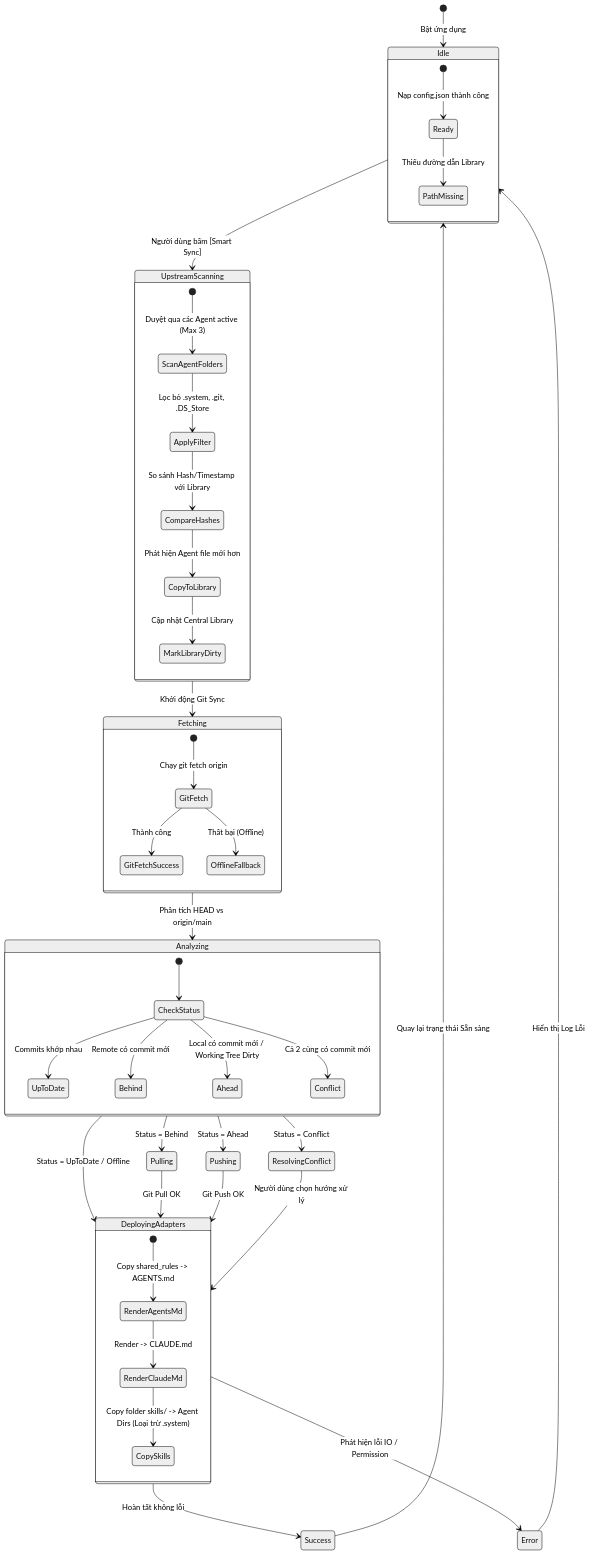
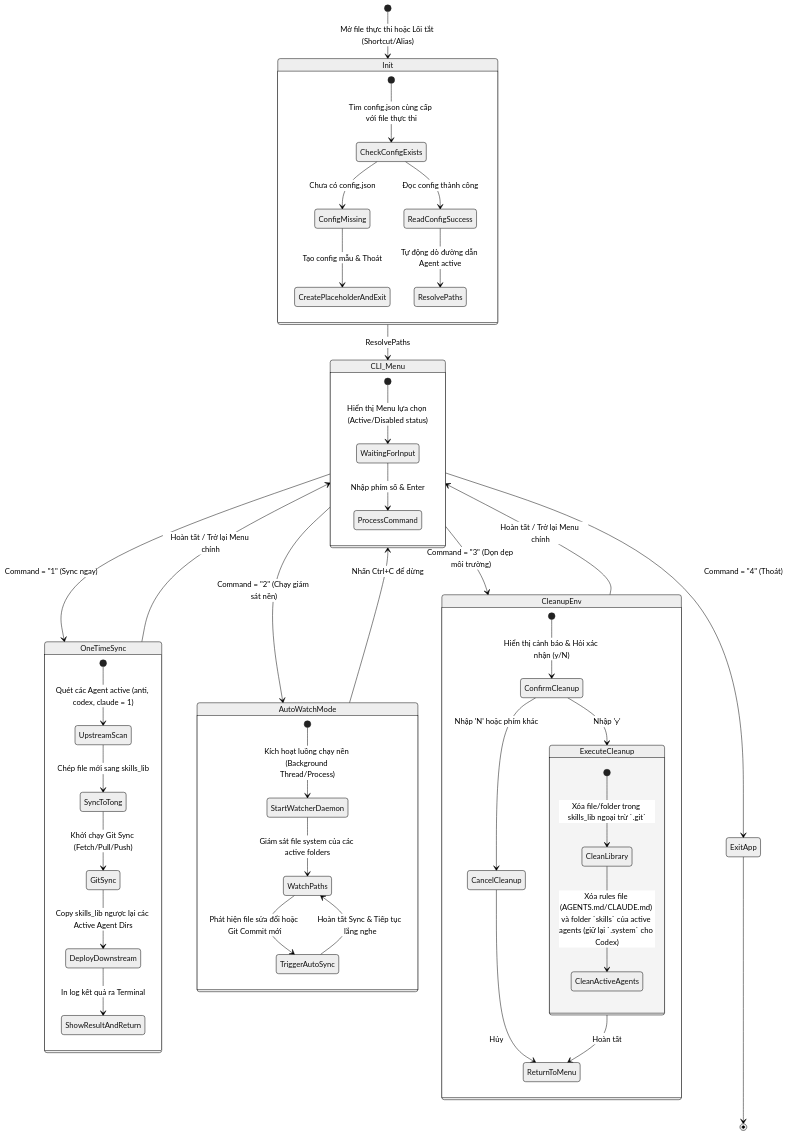
The first of 3 diagrams in docs/spec/02_feature_flow.md (linhbv94/CLI_Skills_Sync), drawn with Mermaid (neutral theme) before and after one commit. The commit also changed other lines of this file and 18 other files, not shown here.

Commit message:
feat: convert tool to CLI engine, simplify rules layout to root AGENTS.md, add clean option with remote sync, auto gitignore creation, and advance edge cases resolution

````diff
--- a/docs/spec/02_feature_flow.md
+++ b/docs/spec/02_feature_flow.md
@@ -13,58 +13,56 @@
 ```mermaid
 stateDiagram-v2
-    [*] --> Idle: Bật ứng dụng
+    [*] --> Init: Mở file thực thi hoặc Lối tắt (Shortcut/Alias)
 
-    state Idle {
-        [*] --> Ready: Nạp config.json thành công
-        Ready --> PathMissing: Thiếu đường dẫn Library
+    state Init {
+        [*] --> CheckConfigExists: Tìm config.json cùng cấp với file thực thi
+        CheckConfigExists --> ConfigMissing: Chưa có config.json
+        ConfigMissing --> CreatePlaceholderAndExit: Tạo config mẫu & Thoát
+        CheckConfigExists --> ReadConfigSuccess: Đọc config thành công
+        ReadConfigSuccess --> ResolvePaths: Tự động dò đường dẫn Agent active
     }
 
-    Idle --> UpstreamScanning: Người dùng bấm [Smart Sync]
+    Init --> CLI_Menu: ResolvePaths
     
-    state UpstreamScanning {
-        [*] --> ScanAgentFolders: Duyệt qua các Agent active (Max 3)
-        ScanAgentFolders --> ApplyFilter: Lọc bỏ .system, .git, .DS_Store
-        ApplyFilter --> CompareHashes: So sánh Hash/Timestamp với Library
-        CompareHashes --> CopyToLibrary: Phát hiện Agent file mới hơn
-        CopyToLibrary --> MarkLibraryDirty: Cập nhật Central Library
+    state CLI_Menu {
+        [*] --> WaitingForInput: Hiển thị Menu lựa chọn (Active/Disabled status)
+        WaitingForInput --> ProcessCommand: Nhập phím số & Enter
     }
 
-    UpstreamScanning --> Fetching: Khởi động Git Sync
+    CLI_Menu --> OneTimeSync: Command = "1" (Sync ngay)
+    CLI_Menu --> AutoWatchMode: Command = "2" (Chạy giám sát nền)
+    CLI_Menu --> CleanupEnv: Command = "3" (Dọn dẹp môi trường)
+    CLI_Menu --> ExitApp: Command = "4" (Thoát)
 
-    state Fetching {
-        [*] --> GitFetch: Chạy git fetch origin
-        GitFetch --> GitFetchSuccess: Thành công
-        GitFetch --> OfflineFallback: Thất bại (Offline)
+    state OneTimeSync {
+        [*] --> UpstreamScan: Quét các Agent active (anti, codex, claude = 1)
+        UpstreamScan --> SyncToTong: Chép file mới sang skills_lib
+        SyncToTong --> GitSync: Khởi chạy Git Sync (Fetch/Pull/Push)
+        GitSync --> DeployDownstream: Copy skills_lib ngược lại các Active Agent Dirs
+        DeployDownstream --> ShowResultAndReturn: In log kết quả ra Terminal
     }
 
-    Fetching --> Analyzing: Phân tích HEAD vs origin/main
-
-    state Analyzing {
-        [*] --> CheckStatus
-        CheckStatus --> UpToDate: Commits khớp nhau
-        CheckStatus --> Behind: Remote có commit mới
-        CheckStatus --> Ahead: Local có commit mới / Working Tree Dirty
-        CheckStatus --> Conflict: Cả 2 cùng có commit mới
+    state AutoWatchMode {
+        [*] --> StartWatcherDaemon: Kích hoạt luồng chạy nền (Background Thread/Process)
+        StartWatcherDaemon --> WatchPaths: Giám sát file system của các active folders
+        WatchPaths --> TriggerAutoSync: Phát hiện file sửa đổi hoặc Git Commit mới
+        TriggerAutoSync --> WatchPaths: Hoàn tất Sync & Tiếp tục lắng nghe
     }
 
-    Analyzing --> Pulling: Status = Behind
-    Analyzing --> Pushing: Status = Ahead
-    Analyzing --> ResolvingConflict: Status = Conflict
-    Analyzing --> DeployingAdapters: Status = UpToDate / Offline
-
-    Pulling --> DeployingAdapters: Git Pull OK
-    Pushing --> DeployingAdapters: Git Push OK
-    ResolvingConflict --> DeployingAdapters: Người dùng chọn hướng xử lý
-
-    state DeployingAdapters {
-        [*] --> RenderAgentsMd: Copy shared_rules -> AGENTS.md
-        RenderAgentsMd --> RenderClaudeMd: Render -> CLAUDE.md
-        RenderClaudeMd --> CopySkills: Copy folder skills/ -> Agent Dirs (Loại trừ .system)
+    state CleanupEnv {
+        [*] --> ConfirmCleanup: Hiển thị cảnh báo & Hỏi xác nhận (y/N)
+        ConfirmCleanup --> CancelCleanup: Nhập 'N' hoặc phím khác
+        ConfirmCleanup --> ExecuteCleanup: Nhập 'y'
+        state ExecuteCleanup {
+            [*] --> CleanLibrary: Xóa file/folder trong skills_lib ngoại trừ `.git`
+            CleanLibrary --> CleanActiveAgents: Xóa rules file (AGENTS.md/CLAUDE.md) và folder `skills` của active agents (giữ lại `.system` cho Codex)
+        }
+        ExecuteCleanup --> ReturnToMenu: Hoàn tất
+        CancelCleanup --> ReturnToMenu: Hủy
     }
 
-    DeployingAdapters --> Success: Hoàn tất không lỗi
-    DeployingAdapters --> Error: Phát hiện lỗi IO / Permission
-
-    Success --> Idle: Quay lại trạng thái Sẵn sàng
-    Error --> Idle: Hiển thị Log Lỗi
+    OneTimeSync --> CLI_Menu: Hoàn tất / Trở lại Menu chính
+    AutoWatchMode --> CLI_Menu: Nhấn Ctrl+C để dừng
+    CleanupEnv --> CLI_Menu: Hoàn tất / Trở lại Menu chính
+    ExitApp --> [*]
 ```
````
